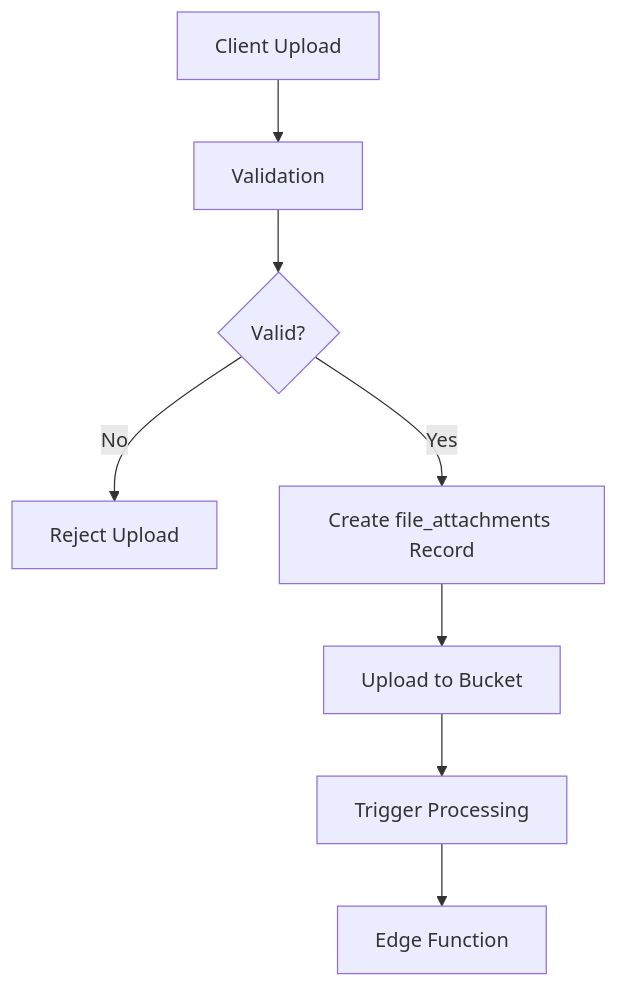
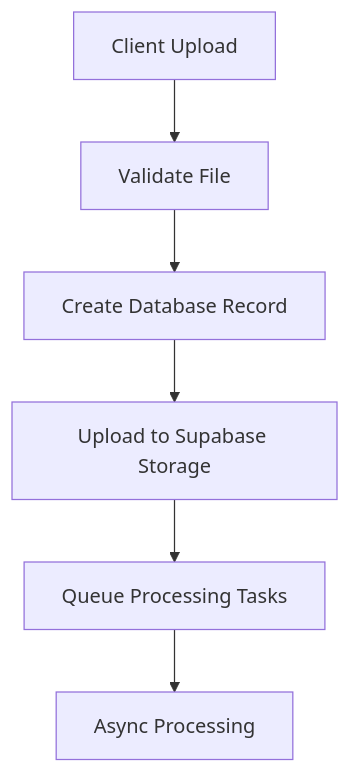
The diagram in docs/architecture/storage-architecture.md (BjornMelin/tripsage-ai), drawn with Mermaid before and after one commit. The commit also changed other lines of this file and 7 other files, not shown here.

First line of the commit message:
docs: update API usage examples and architecture documentation

````diff
--- a/docs/architecture/storage-architecture.md
+++ b/docs/architecture/storage-architecture.md
@@ -129,10 +79,8 @@
 ```mermaid
 graph TD
-    A[Client Upload] --> B[Validation]
-    B --> C{Valid?}
-    C -->|No| D[Reject Upload]
-    C -->|Yes| E[Create file_attachments Record]
-    E --> F[Upload to Bucket]
-    F --> G[Trigger Processing]
-    G --> H[Edge Function]
+    A[Client Upload] --> B[Validate File]
+    B --> C[Create Database Record]
+    C --> D[Upload to Supabase Storage]
+    D --> E[Queue Processing Tasks]
+    E --> F[Async Processing]
 ```
````
